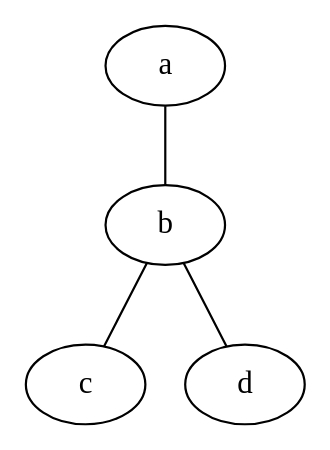
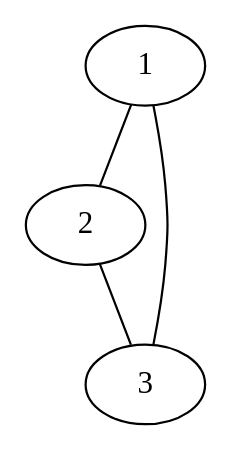
Before and after one commit to lukaszkostrzewa/graphy: the diagram in thesis/tex/example.gv, drawn with Graphviz. The commit also changed 6 other files, not shown here.

Commit message:
tex: Add GraphML description

```diff
--- a/thesis/tex/example.gv
+++ b/thesis/tex/example.gv
@@ -1,4 +1,4 @@
 graph graphname {
-     a -- b -- c;
-     b -- d;
+     1 -- 2 -- 3;
+     3 -- 1;
 }
```
